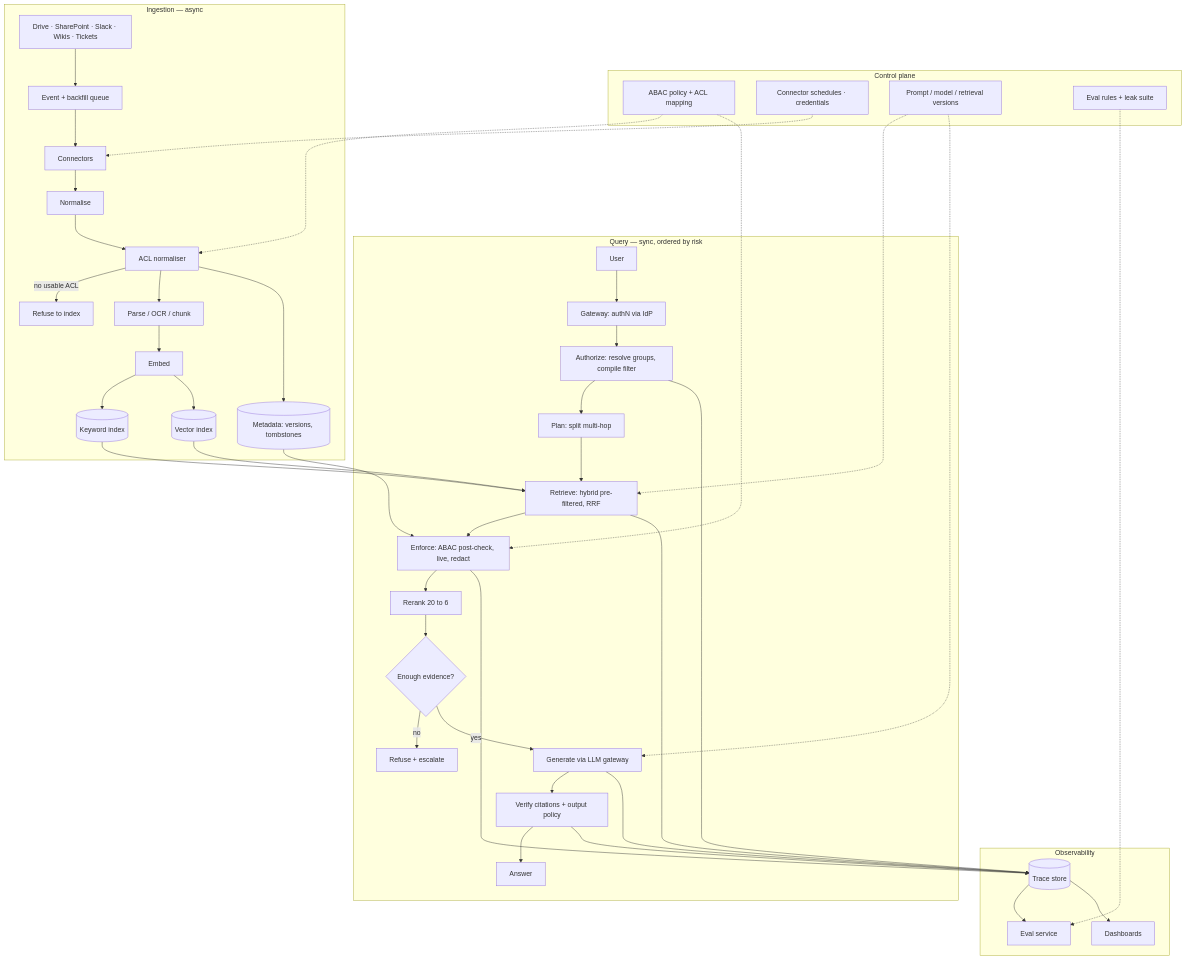
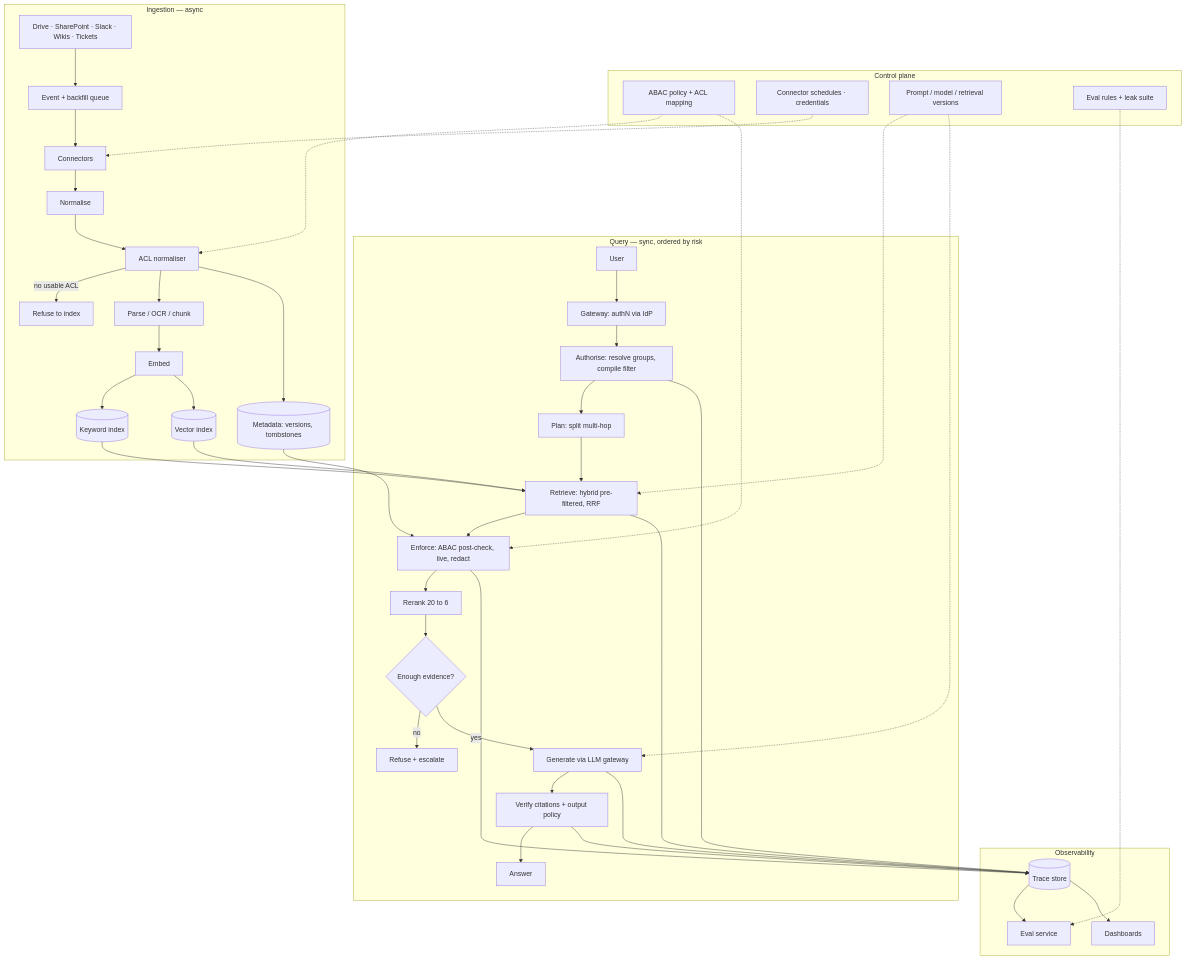
One commit to Sourav692/Forward-Deployed-Engineer-Interview-Prep changed the diagram in 02_System_Design_Case_Studies/Scenario_Packs_G01_G20/G01_Enterprise_Knowledge_Assistant/4_Full_Design/G01_Full_Design_Part_2.md. Above: the diagram before and after it, drawn with Mermaid. The commit also changed other lines of this file and 191 other files, not shown here.

First line of the commit message:
content: British spellings inside diagrams (AF-06)

````diff
--- a/02_System_Design_Case_Studies/Scenario_Packs_G01_G20/G01_Enterprise_Knowledge_Assistant/4_Full_Design/G01_Full_Design_Part_2.md
+++ b/02_System_Design_Case_Studies/Scenario_Packs_G01_G20/G01_Enterprise_Knowledge_Assistant/4_Full_Design/G01_Full_Design_Part_2.md
@@ -72,40 +72,40 @@
 ```mermaid
 flowchart TB
     subgraph CP[Control plane]
         POL[ABAC policy + ACL mapping]
         CFG[Connector schedules · credentials]
         VER[Prompt / model / retrieval versions]
         EVR[Eval rules + leak suite]
     end
 
     subgraph ING[Ingestion — async]
         SRC[Drive · SharePoint · Slack · Wikis · Tickets] --> Q[Event + backfill queue]
         Q --> CON[Connectors] --> NORM[Normalise] --> ACL[ACL normaliser]
         ACL -- no usable ACL --> REF[Refuse to index]
         ACL --> CHUNK[Parse / OCR / chunk] --> EMB[Embed]
         EMB --> KW[(Keyword index)]
         EMB --> VEC[(Vector index)]
         ACL --> META[(Metadata: versions, tombstones)]
     end
 
     subgraph QRY[Query — sync, ordered by risk]
-        U[User] --> GW[Gateway: authN via IdP] --> AUTH[Authorize: resolve groups, compile filter]
+        U[User] --> GW[Gateway: authN via IdP] --> AUTH[Authorise: resolve groups, compile filter]
         AUTH --> PLAN[Plan: split multi-hop] --> RET[Retrieve: hybrid pre-filtered, RRF]
         RET --> ENF[Enforce: ABAC post-check, live, redact] --> RR[Rerank 20 to 6] --> GR{Enough evidence?}
         GR -- no --> ESC[Refuse + escalate]
         GR -- yes --> GEN[Generate via LLM gateway] --> VFY[Verify citations + output policy] --> ANS[Answer]
     end
 
     subgraph OBS[Observability]
         TR[(Trace store)] --> EVAL[Eval service] & DASH[Dashboards]
     end
 
     KW --> RET
     VEC --> RET
     META --> ENF
     POL -.-> ACL & ENF
     CFG -.-> CON
     VER -.-> RET & GEN
     EVR -.-> EVAL
     AUTH & RET & ENF & GEN & VFY --> TR
 ```
````
